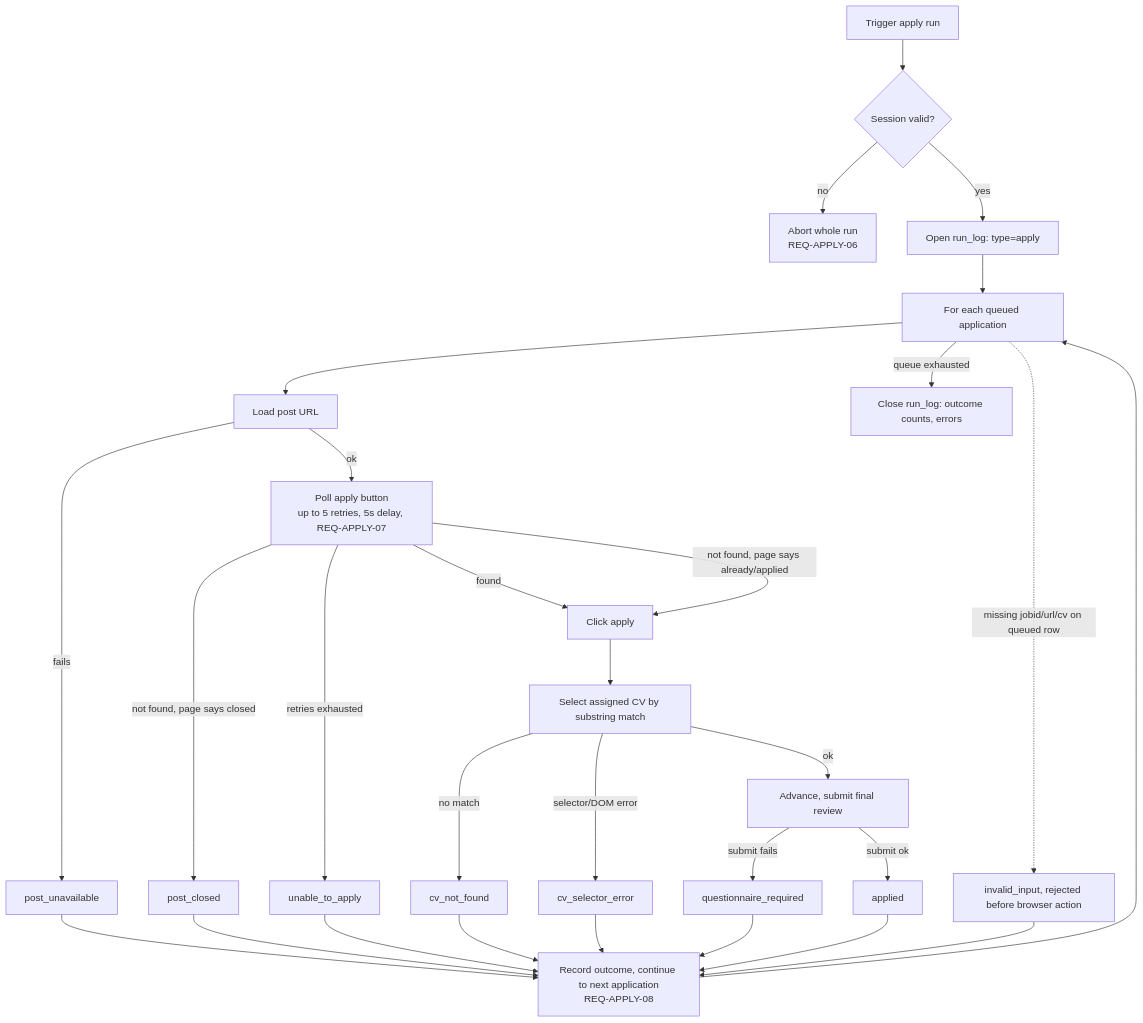
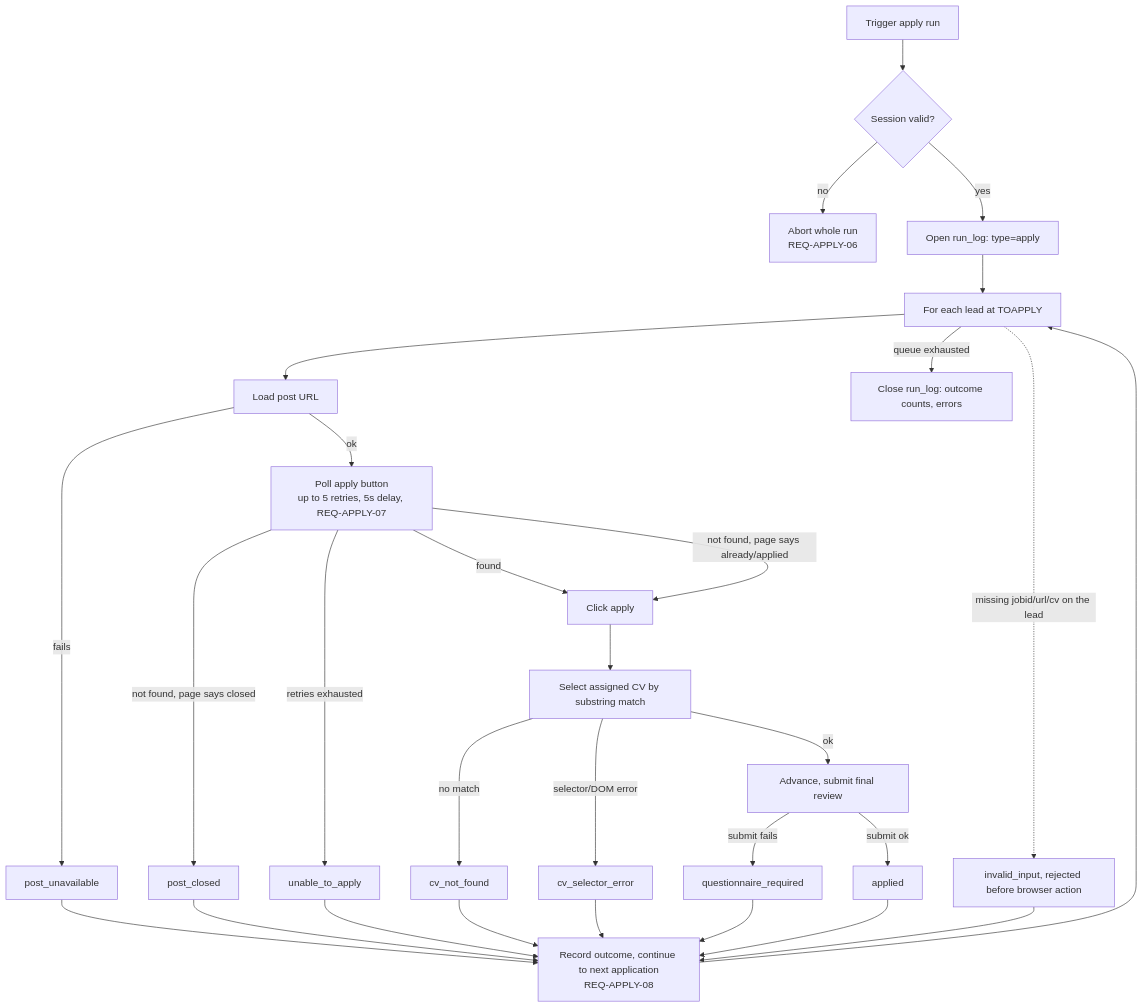
Before and after one commit to yayfalafels/easymcf: the third of 4 diagrams in docs/releases/010/design/010-workflows.md, drawn with Mermaid. The commit also changed other lines of this file and 56 other files, not shown here.

````diff
--- a/docs/releases/010/design/010-workflows.md
+++ b/docs/releases/010/design/010-workflows.md
@@ -131,31 +139,31 @@
 ```mermaid
 flowchart TD
     A[Trigger apply run] --> B{Session valid?}
     B -- no --> Z[Abort whole run\nREQ-APPLY-06]
     B -- yes --> C[Open run_log: type=apply]
-    C --> D[For each queued application]
+    C --> D[For each lead at TOAPPLY]
     D --> E[Load post URL]
     E -- fails --> F[post_unavailable]
     E -- ok --> G[Poll apply button\nup to 5 retries, 5s delay, REQ-APPLY-07]
     G -- found --> H[Click apply]
     G -- not found, page says already/applied --> H
     G -- not found, page says closed --> I[post_closed]
     G -- retries exhausted --> J[unable_to_apply]
     H --> K[Select assigned CV by substring match]
     K -- no match --> L[cv_not_found]
     K -- selector/DOM error --> M[cv_selector_error]
     K -- ok --> N[Advance, submit final review]
     N -- submit fails --> O[questionnaire_required]
     N -- submit ok --> P[applied]
-    D -.->|missing jobid/url/cv on queued row| Q[invalid_input, rejected before browser action]
+    D -.->|missing jobid/url/cv on the lead| Q[invalid_input, rejected before browser action]
     F --> R[Record outcome, continue to next application\nREQ-APPLY-08]
     I --> R
     J --> R
     L --> R
     M --> R
     O --> R
     P --> R
     Q --> R
     R --> D
     D -- queue exhausted --> S[Close run_log: outcome counts, errors]
 ```
````
